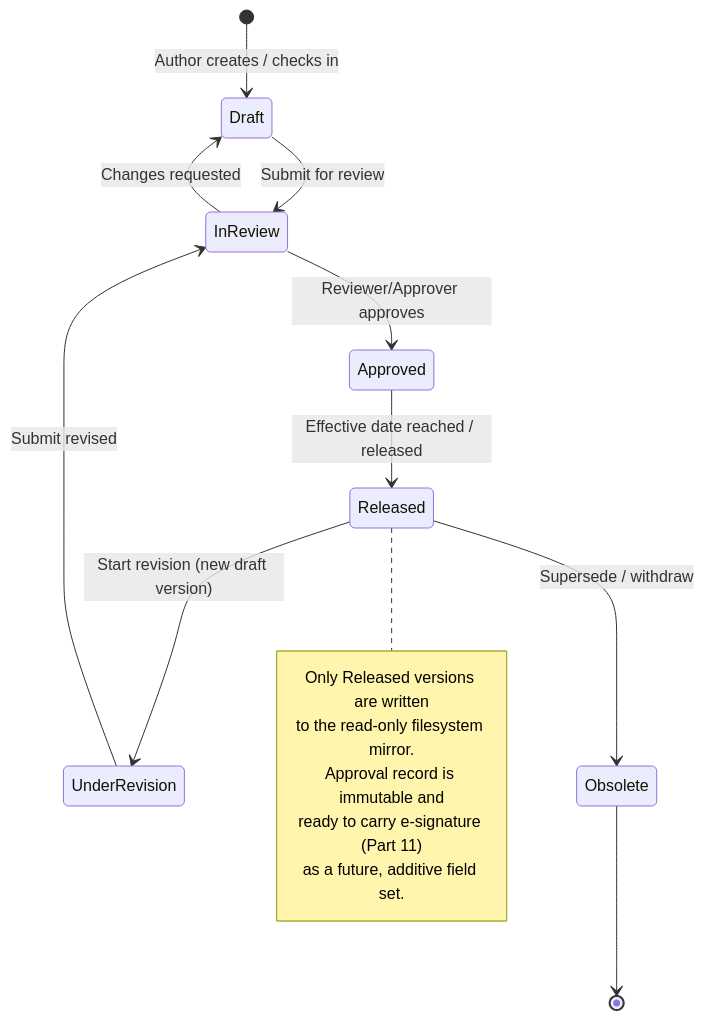
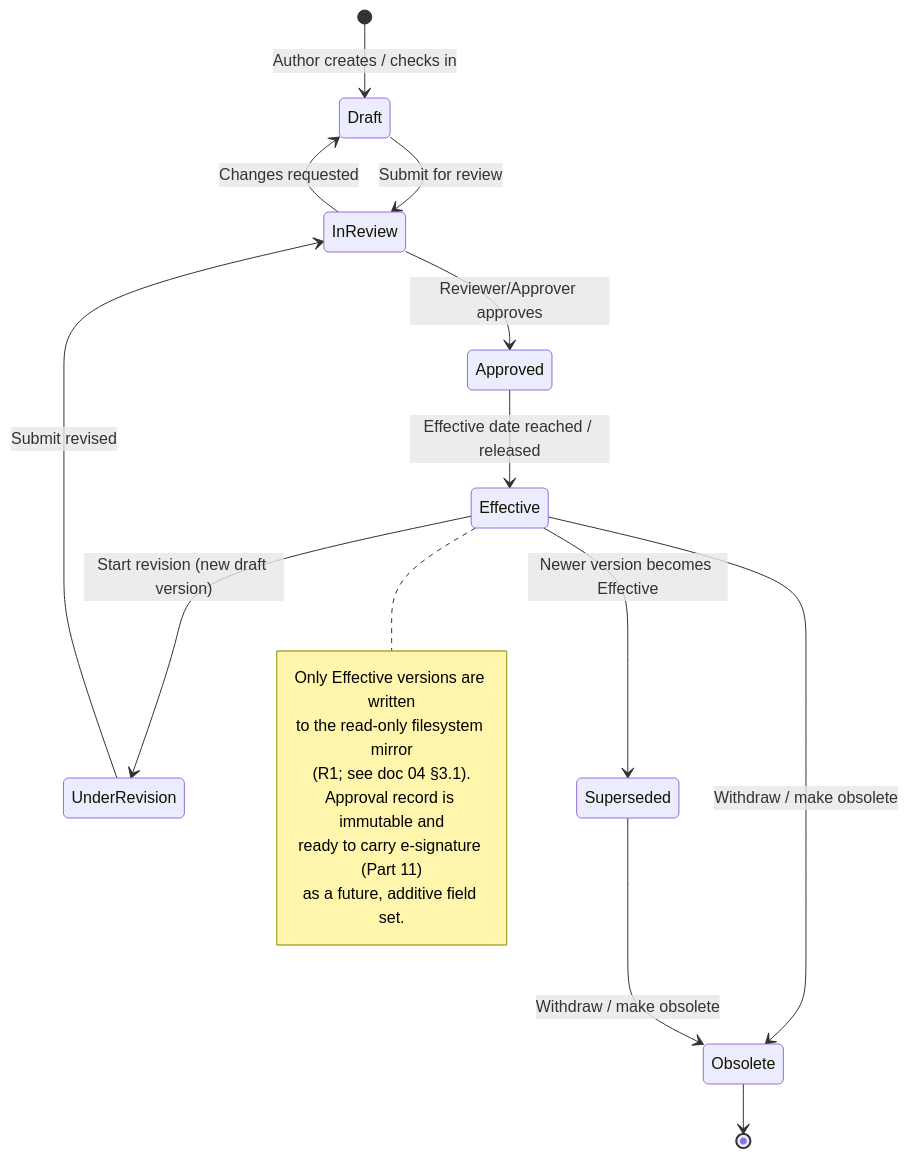
Before and after one commit to CoJoA13/EasySynQ: the fourth of 5 diagrams in docs/03-architecture-and-stack.md, drawn with Mermaid. The commit also changed other lines of this file and 32 other files, not shown here.

````diff
--- a/docs/03-architecture-and-stack.md
+++ b/docs/03-architecture-and-stack.md
@@ -218,19 +218,22 @@
 ```mermaid
 stateDiagram-v2
     [*] --> Draft: Author creates / checks in
     Draft --> InReview: Submit for review
     InReview --> Draft: Changes requested
     InReview --> Approved: Reviewer/Approver approves
-    Approved --> Released: Effective date reached / released
-    Released --> UnderRevision: Start revision (new draft version)
+    Approved --> Effective: Effective date reached / released
+    Effective --> UnderRevision: Start revision (new draft version)
     UnderRevision --> InReview: Submit revised
-    Released --> Obsolete: Supersede / withdraw
+    Effective --> Superseded: Newer version becomes Effective
+    Effective --> Obsolete: Withdraw / make obsolete
+    Superseded --> Obsolete: Withdraw / make obsolete
     Obsolete --> [*]
-    note right of Released
-        Only Released versions are written
-        to the read-only filesystem mirror.
+    note right of Effective
+        Only Effective versions are written
+        to the read-only filesystem mirror
+        (R1; see doc 04 §3.1).
         Approval record is immutable and
         ready to carry e-signature (Part 11)
         as a future, additive field set.
     end note
 ```
````
